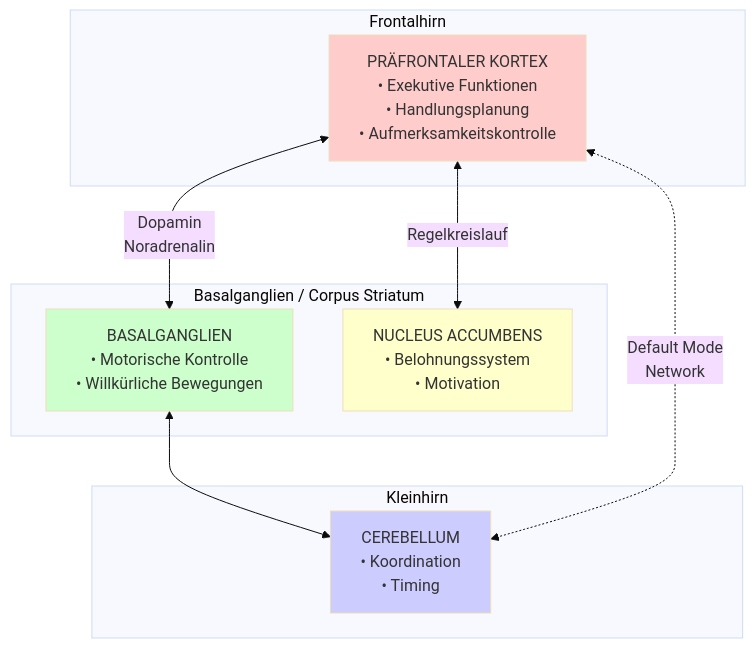
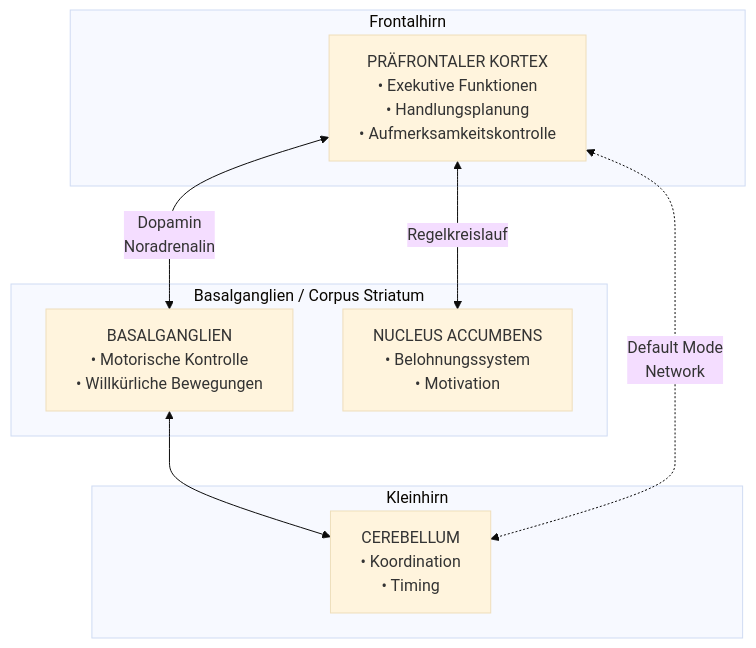
One commit to silas-hartmann/silas-hartmann.github.io changed the second of 5 diagrams in Aufmerksamkeit_ADHS/01_ADHS-Definition_und_Diagnose.md. Above: the diagram before and after it, drawn with Mermaid (base theme). The commit also changed 1 other file, not shown here.

Commit message:
update 2

````diff
--- a/Aufmerksamkeit_ADHS/01_ADHS-Definition_und_Diagnose.md
+++ b/Aufmerksamkeit_ADHS/01_ADHS-Definition_und_Diagnose.md
@@ -174,25 +174,21 @@
 ```mermaid
 flowchart TB
     subgraph Frontalhirn["Frontalhirn"]
         PFC["PRÄFRONTALER KORTEX<br>• Exekutive Funktionen<br>• Handlungsplanung<br>• Aufmerksamkeitskontrolle"]
     end
     
     subgraph Basalganglien["Basalganglien / Corpus Striatum"]
         BG["BASALGANGLIEN<br>• Motorische Kontrolle<br>• Willkürliche Bewegungen"]
         NA["NUCLEUS ACCUMBENS<br>• Belohnungssystem<br>• Motivation"]
     end
     
     subgraph Kleinhirn["Kleinhirn"]
         CB["CEREBELLUM<br>• Koordination<br>• Timing"]
     end
     
     PFC <-->|"Dopamin<br>Noradrenalin"| BG
     PFC <-->|"Regelkreislauf"| NA
     BG <--> CB
     PFC <-.->|"Default Mode<br>Network"| CB
     
-    style PFC fill:#ffcccc
-    style NA fill:#ffffcc
-    style BG fill:#ccffcc
-    style CB fill:#ccccff
 ```
````
